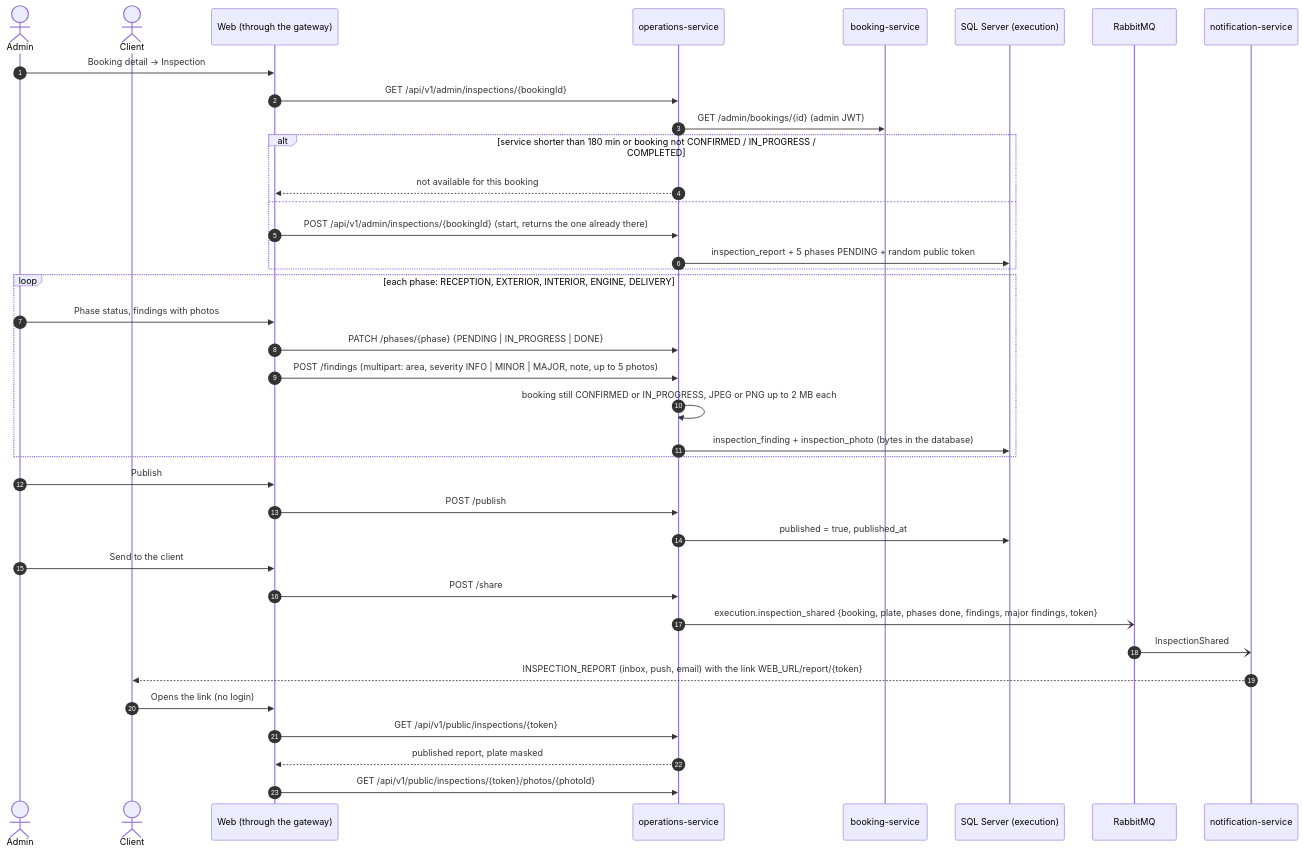
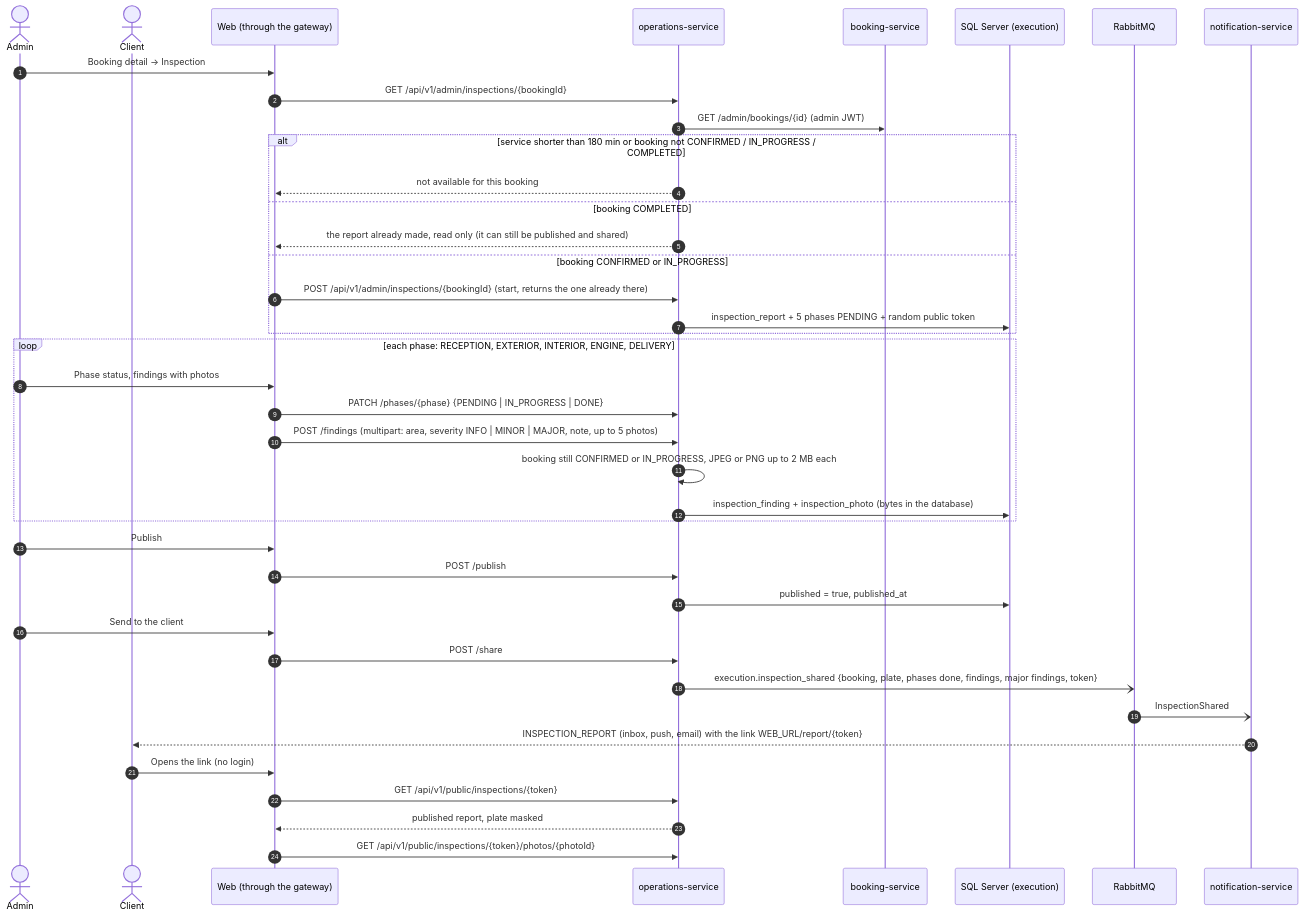
One commit to code-sena/vehicle-w-docs changed the diagram in 08-uml/diagrams/source/seq-inspection-report.md. Above: the diagram before and after it, drawn with Mermaid. The commit also changed other lines of this file and 20 other files, not shown here.

First line of the commit message:
docs(uml): align the diagrams with the code and keep them free of crossing lines

````diff
--- a/08-uml/diagrams/source/seq-inspection-report.md
+++ b/08-uml/diagrams/source/seq-inspection-report.md
@@ -8,44 +8,46 @@
 ```mermaid
 sequenceDiagram
     autonumber
     actor A as Admin
     actor C as Client
     participant W as Web (through the gateway)
     participant OP as operations-service
     participant B as booking-service
     participant DB as SQL Server (execution)
     participant MQ as RabbitMQ
     participant N as notification-service
 
     A->>W: Booking detail → Inspection
     W->>OP: GET /api/v1/admin/inspections/{bookingId}
     OP->>B: GET /admin/bookings/{id} (admin JWT)
     alt service shorter than 180 min or booking not CONFIRMED / IN_PROGRESS / COMPLETED
         OP-->>W: not available for this booking
-    else
+    else booking COMPLETED
+        OP-->>W: the report already made, read only (it can still be published and shared)
+    else booking CONFIRMED or IN_PROGRESS
         W->>OP: POST /api/v1/admin/inspections/{bookingId} (start, returns the one already there)
         OP->>DB: inspection_report + 5 phases PENDING + random public token
     end
 
     loop each phase: RECEPTION, EXTERIOR, INTERIOR, ENGINE, DELIVERY
         A->>W: Phase status, findings with photos
         W->>OP: PATCH /phases/{phase} {PENDING | IN_PROGRESS | DONE}
         W->>OP: POST /findings (multipart: area, severity INFO | MINOR | MAJOR, note, up to 5 photos)
         OP->>OP: booking still CONFIRMED or IN_PROGRESS, JPEG or PNG up to 2 MB each
         OP->>DB: inspection_finding + inspection_photo (bytes in the database)
     end
 
     A->>W: Publish
     W->>OP: POST /publish
     OP->>DB: published = true, published_at
     A->>W: Send to the client
     W->>OP: POST /share
     OP-)MQ: execution.inspection_shared {booking, plate, phases done, findings, major findings, token}
     MQ-)N: InspectionShared
     N-->>C: INSPECTION_REPORT (inbox, push, email) with the link WEB_URL/report/{token}
 
     C->>W: Opens the link (no login)
     W->>OP: GET /api/v1/public/inspections/{token}
     OP-->>W: published report, plate masked
     W->>OP: GET /api/v1/public/inspections/{token}/photos/{photoId}
 ```
````
